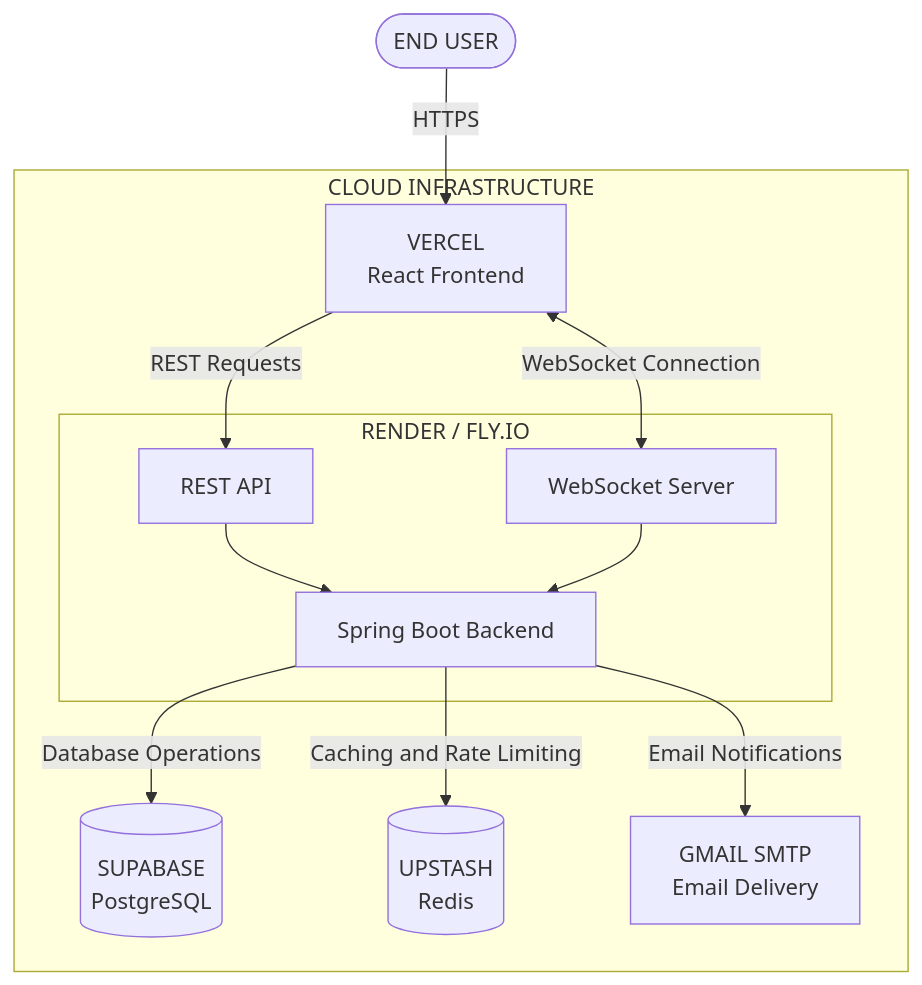
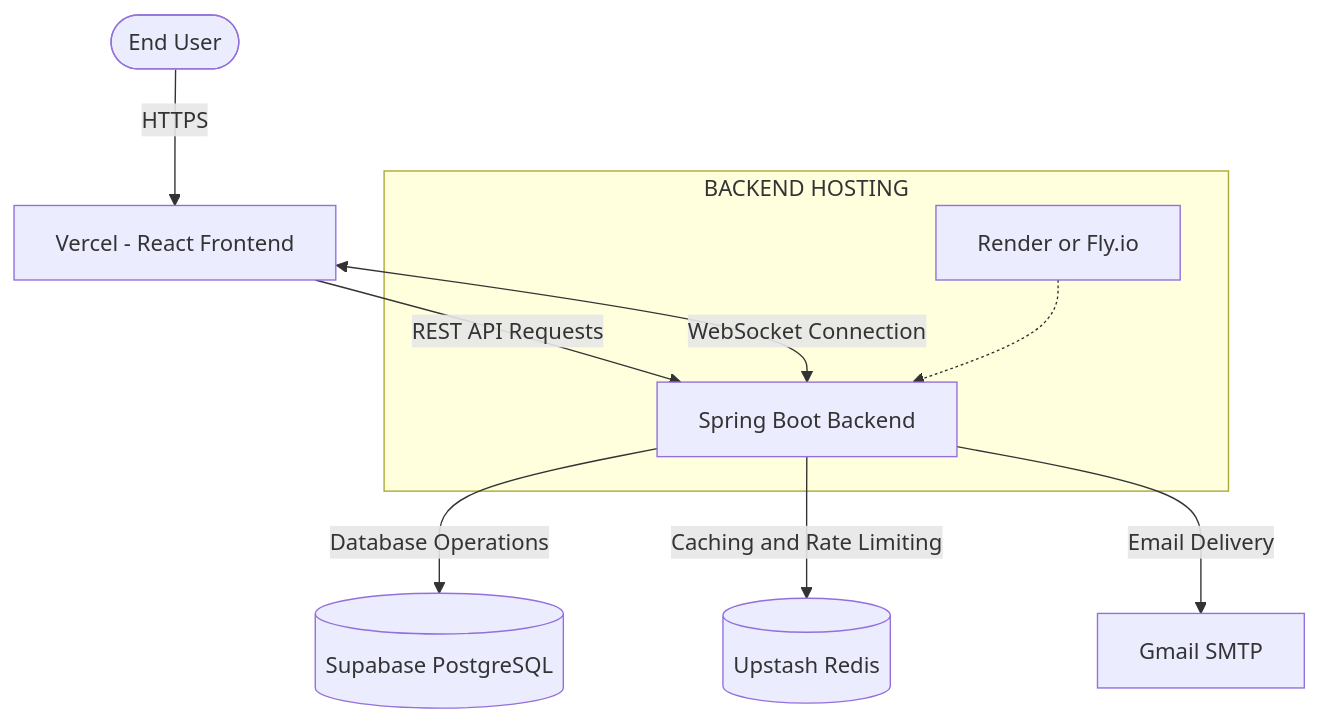
Before and after one commit to AnshCyberSec/nexus-arena: diagram 15 of 18 in README.md, drawn with Mermaid. The commit also changed other lines of this file, not shown here.

````diff
--- a/README.md
+++ b/README.md
@@ -522,30 +517,20 @@
 ```mermaid
-flowchart TB
-    USER(["END USER"])
+flowchart TD
+    USER(["End User"])
 
-    subgraph CLOUD["CLOUD INFRASTRUCTURE"]
-        VERCEL["VERCEL<br/>React Frontend"]
+    USER -->|"HTTPS"| VERCEL["Vercel - React Frontend"]
 
-        subgraph BACKEND_HOST["RENDER / FLY.IO"]
-            BACKEND["Spring Boot Backend"]
-            REST["REST API"]
-            SOCKET["WebSocket Server"]
-        end
+    VERCEL -->|"REST API Requests"| BACKEND["Spring Boot Backend"]
+    VERCEL <-->|"WebSocket Connection"| BACKEND
 
-        DB[("SUPABASE<br/>PostgreSQL")]
-        REDIS[("UPSTASH<br/>Redis")]
-        SMTP["GMAIL SMTP<br/>Email Delivery"]
+    BACKEND -->|"Database Operations"| DB[("Supabase PostgreSQL")]
+    BACKEND -->|"Caching and Rate Limiting"| REDIS[("Upstash Redis")]
+    BACKEND -->|"Email Delivery"| SMTP["Gmail SMTP"]
+
+    subgraph HOSTING["BACKEND HOSTING"]
+        BACKEND
+        HOST["Render or Fly.io"]
     end
 
-    USER -->|"HTTPS"| VERCEL
-
-    VERCEL -->|"REST Requests"| REST
-    VERCEL <-->|"WebSocket Connection"| SOCKET
-
-    REST --> BACKEND
-    SOCKET --> BACKEND
-
-    BACKEND -->|"Database Operations"| DB
-    BACKEND -->|"Caching and Rate Limiting"| REDIS
-    BACKEND -->|"Email Notifications"| SMTP
+    HOST -.-> BACKEND
 ```
````
